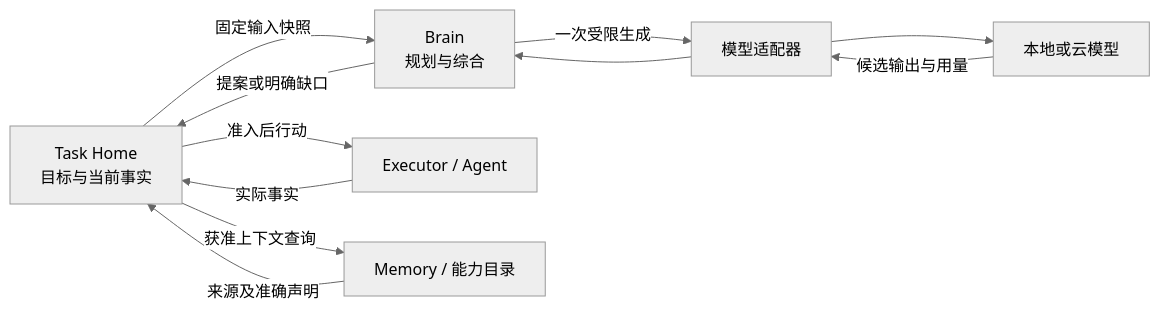
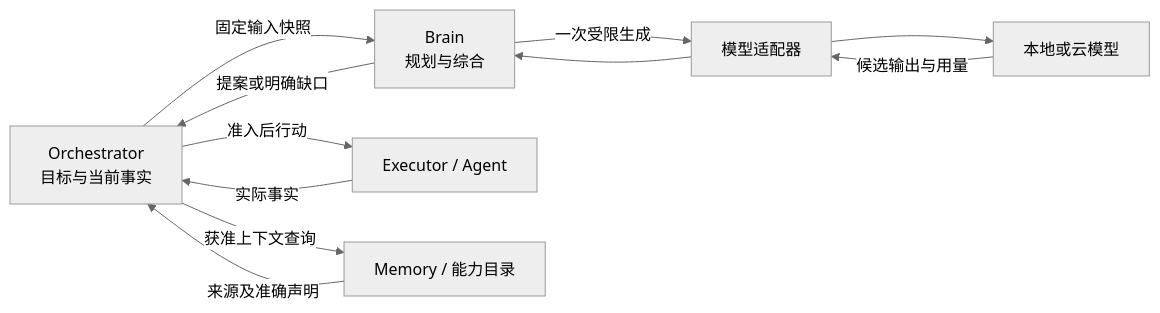
Before and after one commit to ruipengliu/lerna: the first of 2 diagrams in docs/architecture/brain/README.md, drawn with Mermaid (neutral theme). The commit also changed other lines of this file and 174 other files, not shown here.

Commit message:
docs: rename task runtime to orchestrator

````diff
--- a/docs/architecture/brain/README.md
+++ b/docs/architecture/brain/README.md
@@ -34,13 +34,13 @@
 ```mermaid
 flowchart LR
-    H[Task Home<br/>目标与当前事实] -->|固定输入快照| B[Brain<br/>规划与综合]
+    H[Orchestrator<br/>目标与当前事实] -->|固定输入快照| B[Brain<br/>规划与综合]
     B -->|一次受限生成| A[模型适配器]
     A --> P[本地或云模型]
     P -->|候选输出与用量| A
     A --> B
     B -->|提案或明确缺口| H
     H -->|准入后行动| E[Executor / Agent]
     H -->|获准上下文查询| M[Memory / 能力目录]
     E -->|实际事实| H
     M -->|来源及准确声明| H
 ```
````
